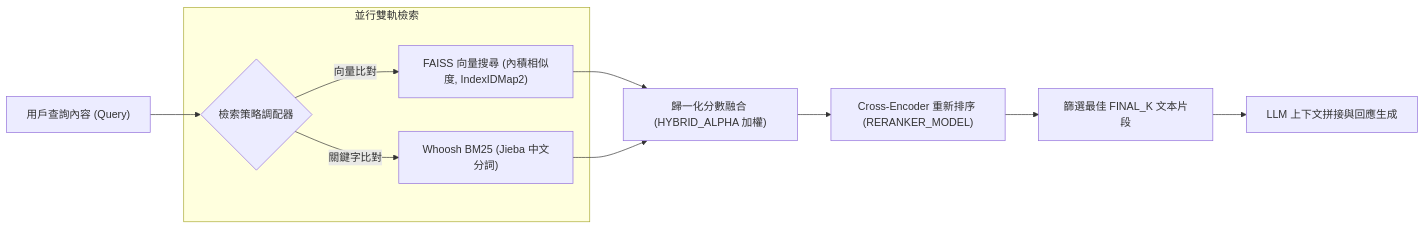
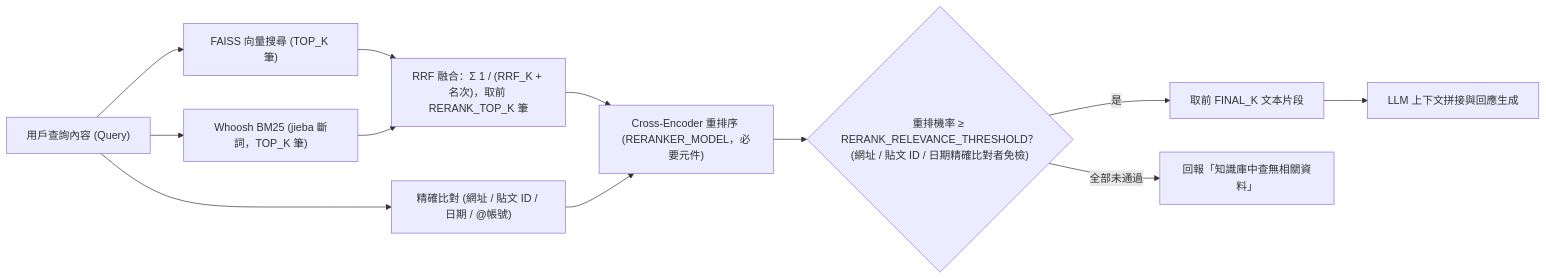
The second of 6 diagrams in docs/architecture.md (Scorpio-meow/AskMiao), drawn with Mermaid before and after one commit. The commit also changed other lines of this file and 50 other files, not shown here.

Commit message:
feat(rag)!: 改用 RRF 融合與重排機率門檻，加入答案引用與工具輸出信任邊界 BREAKING CHANGE: .env 須新增 RRF_K、RERANK_RELEVANCE_THRESHOLD、WEB_FETCH_ALLOWED_DOMAINS、BLOCK_WEB_TOOLS_AFTER_KB、DOMAIN_PROFILE_PATH；重排模型改為必要元件；移除 HYBRID_ALPHA、NORMALIZATION、FINAL_THRESHOLD。

````diff
--- a/docs/architecture.md
+++ b/docs/architecture.md
@@ -87,16 +87,16 @@
 ```mermaid
 flowchart LR
-    Query["用戶查詢內容 (Query)"] --> Strategy{"檢索策略調配器"}
+    Query["用戶查詢內容 (Query)"] --> FAISS["FAISS 向量搜尋 (TOP_K 筆)"]
+    Query --> BM25["Whoosh BM25 (jieba 斷詞，TOP_K 筆)"]
+    Query --> Exact["精確比對 (網址 / 貼文 ID / 日期 / @帳號)"]
 
-    subgraph ParallelRetrieval ["並行雙軌檢索"]
-        Strategy -->|向量比對| FAISS["FAISS 向量搜尋 (內積相似度, IndexIDMap2)"]
-        Strategy -->|關鍵字比對| BM25["Whoosh BM25 (Jieba 中文分詞)"]
-    end
-
-    FAISS --> Merge["歸一化分數融合 (HYBRID_ALPHA 加權)"]
+    FAISS --> Merge["RRF 融合：Σ 1 / (RRF_K + 名次)，取前 RERANK_TOP_K 筆"]
     BM25 --> Merge
 
-    Merge --> Reranker["Cross-Encoder 重新排序 (RERANKER_MODEL)"]
-    Reranker --> TopK["篩選最佳 FINAL_K 文本片段"]
+    Merge --> Reranker["Cross-Encoder 重排序 (RERANKER_MODEL，必要元件)"]
+    Exact --> Reranker
+    Reranker --> Threshold{"重排機率 ≥ RERANK_RELEVANCE_THRESHOLD？<br/>(網址 / 貼文 ID / 日期精確比對者免檢)"}
+    Threshold -->|是| TopK["取前 FINAL_K 文本片段"]
+    Threshold -->|全部未通過| NoData["回報「知識庫中查無相關資料」"]
     TopK --> LLM["LLM 上下文拼接與回應生成"]
 ```
````
